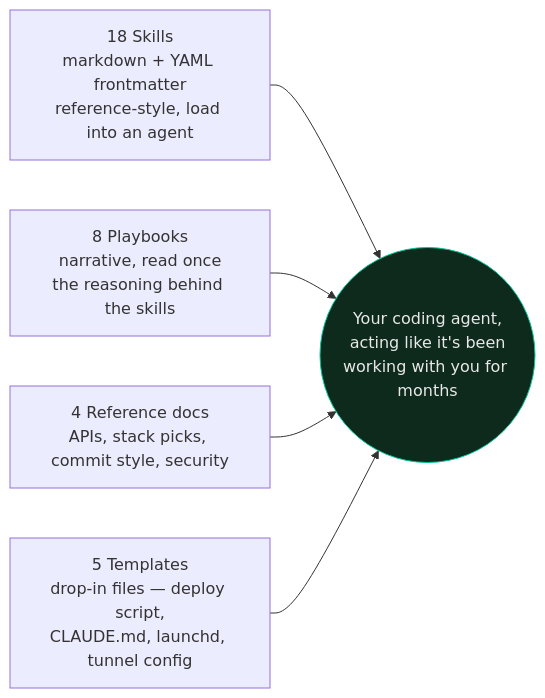
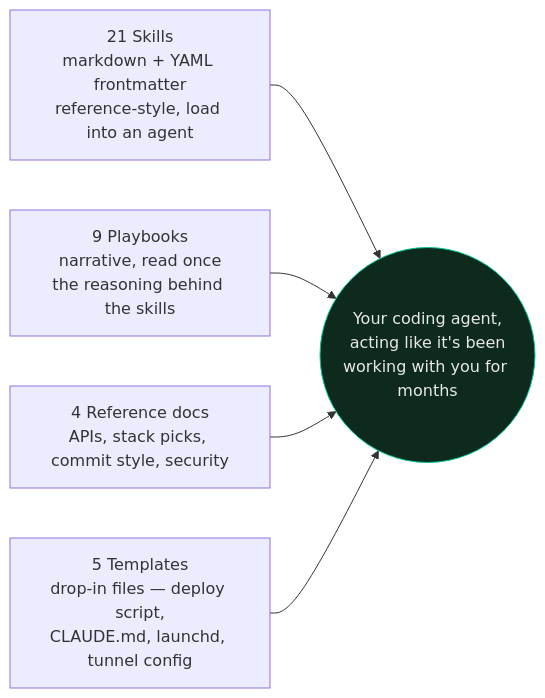
One commit to Nonarkara/dr-non-vibecoding-skills changed the first of 3 diagrams in README.md. Above: the diagram before and after it, drawn with Mermaid. The commit also changed other lines of this file and 6 other files, not shown here.

````diff
--- a/README.md
+++ b/README.md
@@ -49,14 +49,14 @@
 ```mermaid
 flowchart LR
-    S["18 Skills\nmarkdown + YAML frontmatter\nreference-style, load into an agent"]
-    P["8 Playbooks\nnarrative, read once\nthe reasoning behind the skills"]
+    S["21 Skills\nmarkdown + YAML frontmatter\nreference-style, load into an agent"]
+    P["9 Playbooks\nnarrative, read once\nthe reasoning behind the skills"]
     R["4 Reference docs\nAPIs, stack picks, commit style, security"]
     T["5 Templates\ndrop-in files — deploy script,\nCLAUDE.md, launchd, tunnel config"]
 
     S --> Agent(("Your coding agent,\nacting like it's been\nworking with you for months"))
     P --> Agent
     R --> Agent
     T --> Agent
 
     style Agent fill:#0d2a1c,stroke:#00c896,color:#e8e8e8
 ```
````
